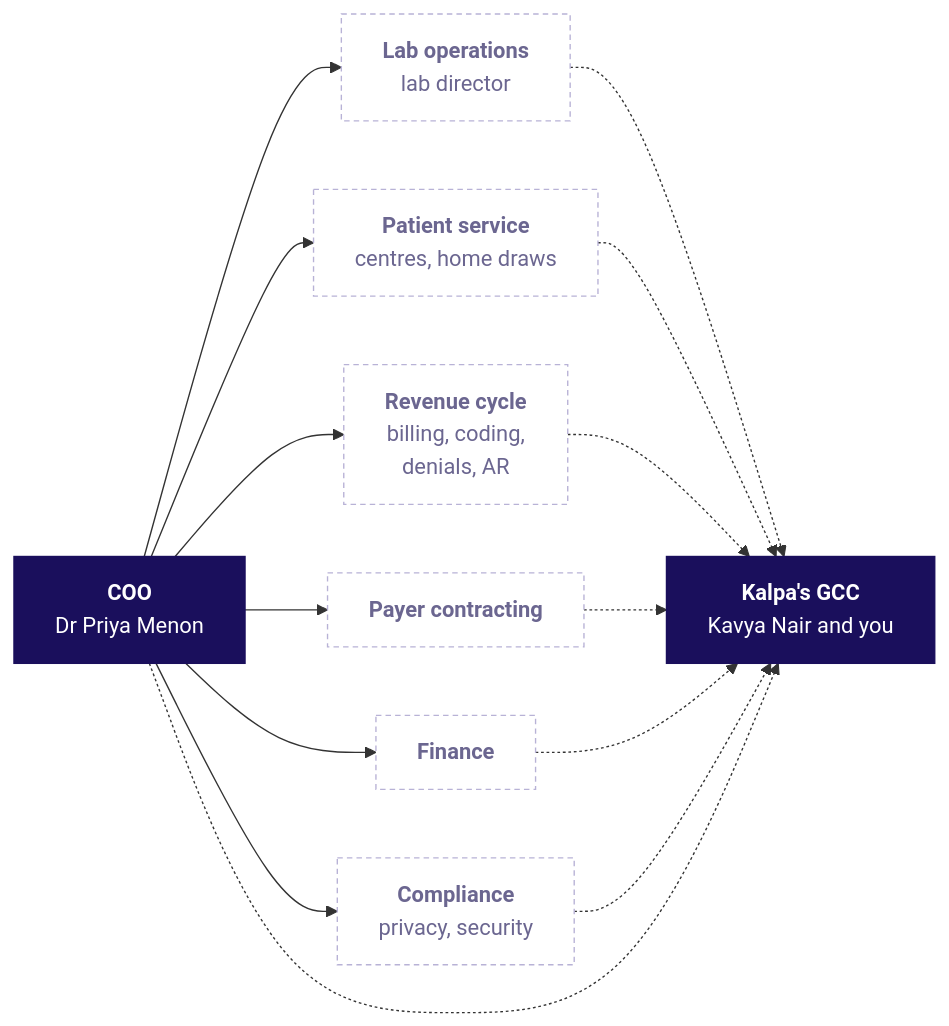
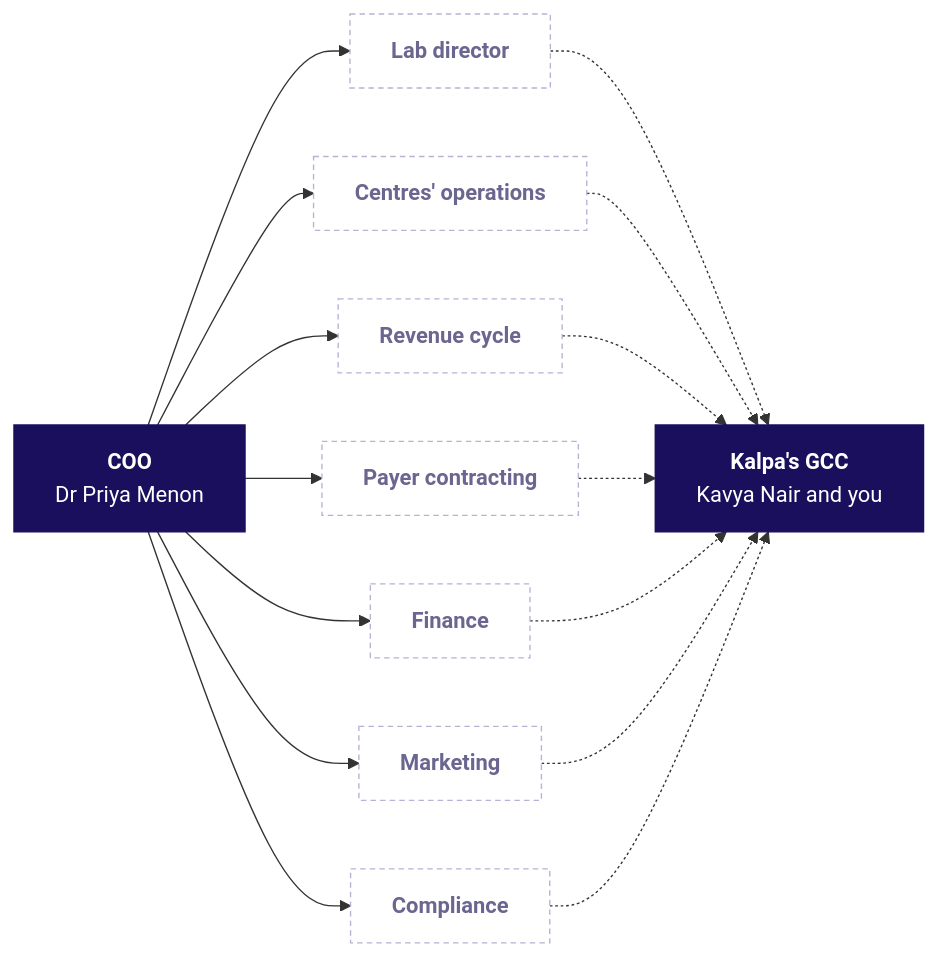
The third of 5 diagrams in content/W03/D1/study-notes/C2_W03_D01_domain_us_healthcare_STUDENT.md (fde-academy-lab/c2-content-factory), drawn with Mermaid before and after one commit. The commit also changed other lines of this file, not shown here.

First line of the commit message:
W03 dossier: question headings with who needs the answer and the questions on the way, Kalpa Health aligned with the Build 1 US data, plant previews removed, cut towards the length

````diff
--- a/content/W03/D1/study-notes/C2_W03_D01_domain_us_healthcare_STUDENT.md
+++ b/content/W03/D1/study-notes/C2_W03_D01_domain_us_healthcare_STUDENT.md
@@ -171,15 +182,15 @@
 ```mermaid
 flowchart LR
-    COO["<b>COO</b><br/>Dr Priya Menon"] --> LAB["<b>Lab operations</b><br/>lab director"]
-    COO --> PSC["<b>Patient service</b><br/>centres, home draws"]
-    COO --> RC["<b>Revenue cycle</b><br/>billing, coding,<br/>denials, AR"]
+    COO["<b>COO</b><br/>Dr Priya Menon"] --> LAB["<b>Lab director</b>"]
+    COO --> PSC["<b>Centres' operations</b>"]
+    COO --> RC["<b>Revenue cycle</b>"]
     COO --> MC["<b>Payer contracting</b>"]
     COO --> FIN["<b>Finance</b>"]
-    COO --> CMP["<b>Compliance</b><br/>privacy, security"]
-    LAB & PSC & RC & MC & FIN & CMP -.-> GCC["<b>Kalpa's GCC</b><br/>Kavya Nair and you"]
-    COO -.-> GCC
+    COO --> MKT["<b>Marketing</b>"]
+    COO --> CMP["<b>Compliance</b>"]
+    LAB & PSC & RC & MC & FIN & MKT & CMP -.-> GCC["<b>Kalpa's GCC</b><br/>Kavya Nair and you"]
     classDef unknown fill:#FFFFFF,stroke:#B8B2D6,color:#6B6690,stroke-dasharray:4 3
     classDef dark fill:#1A0F5C,stroke:#1A0F5C,color:#FFFFFF
-    class LAB,PSC,RC,MC,FIN,CMP unknown
+    class LAB,PSC,RC,MC,FIN,MKT,CMP unknown
     class COO,GCC dark
 ```
````
